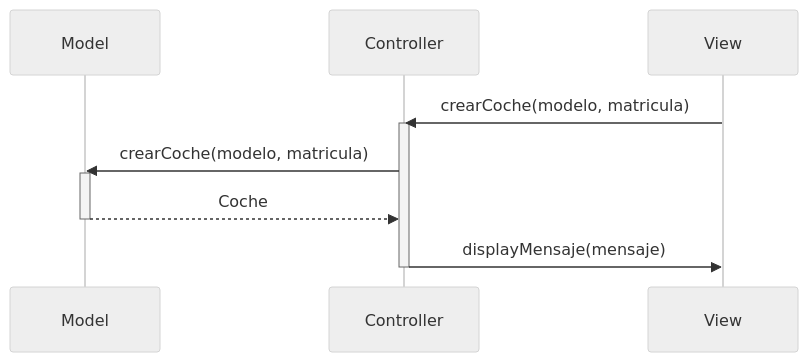
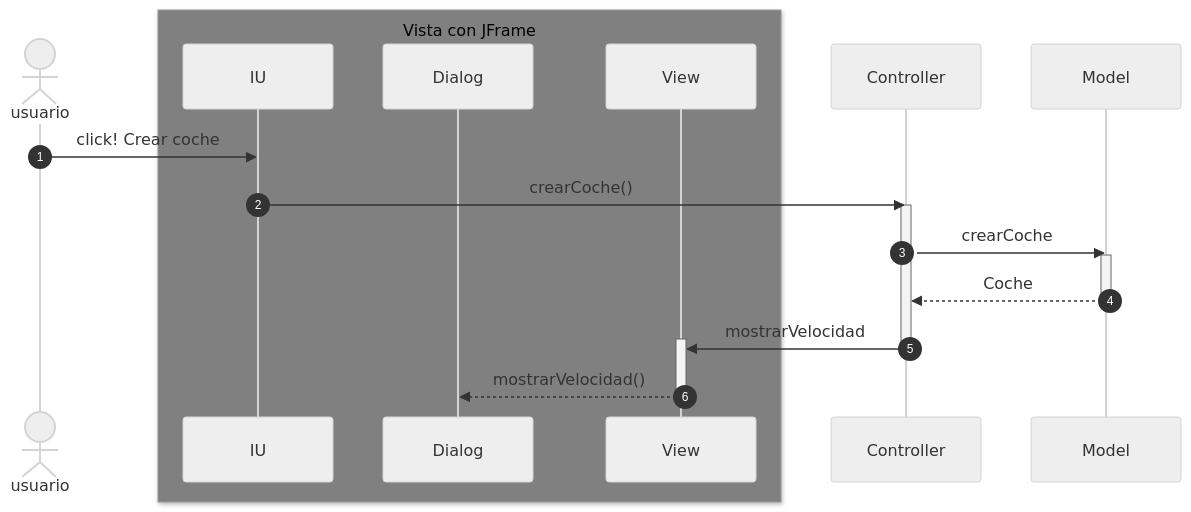
The third of 3 diagrams in Readme.md (ilopezbrion/MVC_coches_observer), drawn with Mermaid (neutral theme) before and after one commit. The commit also changed other lines of this file and 6 other files, not shown here.

````diff
--- a/Readme.md
+++ b/Readme.md
@@ -97,14 +71,24 @@
 ```mermaid
 sequenceDiagram
+    autonumber
+    actor usuario
+    box gray Vista con JFrame
+        participant IU
+        participant Dialog
+        participant View
+        end
+        
+    participant Controller
     participant Model
-    participant Controller
-    participant View
-    View->>Controller: crearCoche(modelo, matricula)
+
+    usuario->>IU: click! Crear coche
+    IU->>Controller: crearCoche()
     activate Controller
-    Controller->>Model: crearCoche(modelo, matricula)
+    Controller->>Model: crearCoche
     activate Model
     Model-->>Controller: Coche
     deactivate Model
-    Controller->>View: displayMensaje(mensaje)
+    Controller->>+View: mostrarVelocidad
     deactivate Controller
+    View-->>-Dialog: mostrarVelocidad()
 ```
````
